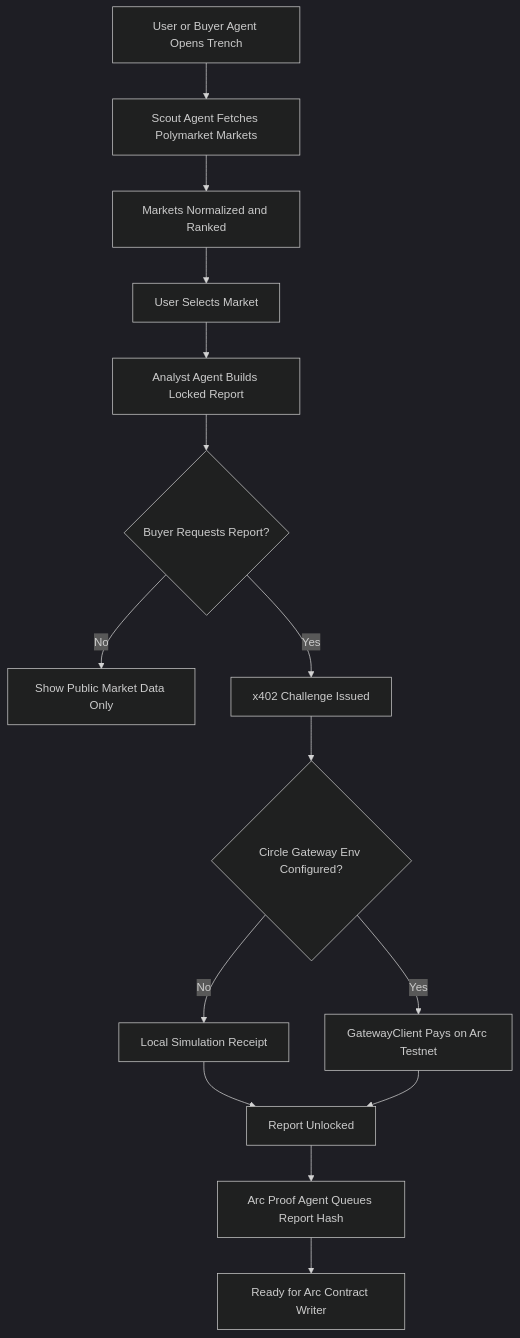
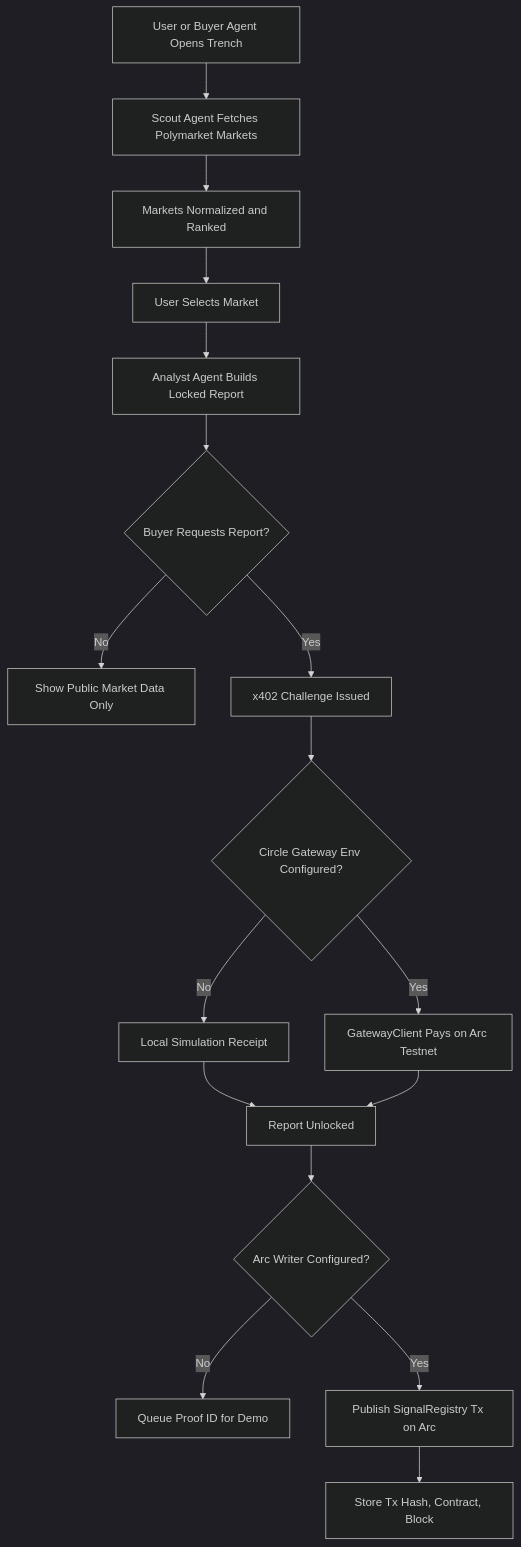
One commit to ELLA0VICTOR/trench-markets changed the diagram in README.md. Above: the diagram before and after it, drawn with Mermaid (dark theme). The commit also changed other lines of this file and 22 other files, not shown here.

Commit message:
Add Arc SignalRegistry writer

````diff
--- a/README.md
+++ b/README.md
@@ -20,17 +20,19 @@
 ```mermaid
 flowchart TD
   A[User or Buyer Agent Opens Trench] --> B[Scout Agent Fetches Polymarket Markets]
   B --> C[Markets Normalized and Ranked]
   C --> D[User Selects Market]
   D --> E[Analyst Agent Builds Locked Report]
   E --> F{Buyer Requests Report?}
   F -- No --> G[Show Public Market Data Only]
   F -- Yes --> H[x402 Challenge Issued]
   H --> I{Circle Gateway Env Configured?}
   I -- No --> J[Local Simulation Receipt]
   I -- Yes --> K[GatewayClient Pays on Arc Testnet]
   J --> L[Report Unlocked]
   K --> L
-  L --> M[Arc Proof Agent Queues Report Hash]
-  M --> N[Ready for Arc Contract Writer]
+  L --> M{Arc Writer Configured?}
+  M -- No --> N[Queue Proof ID for Demo]
+  M -- Yes --> O[Publish SignalRegistry Tx on Arc]
+  O --> P[Store Tx Hash, Contract, Block]
 ```
````
